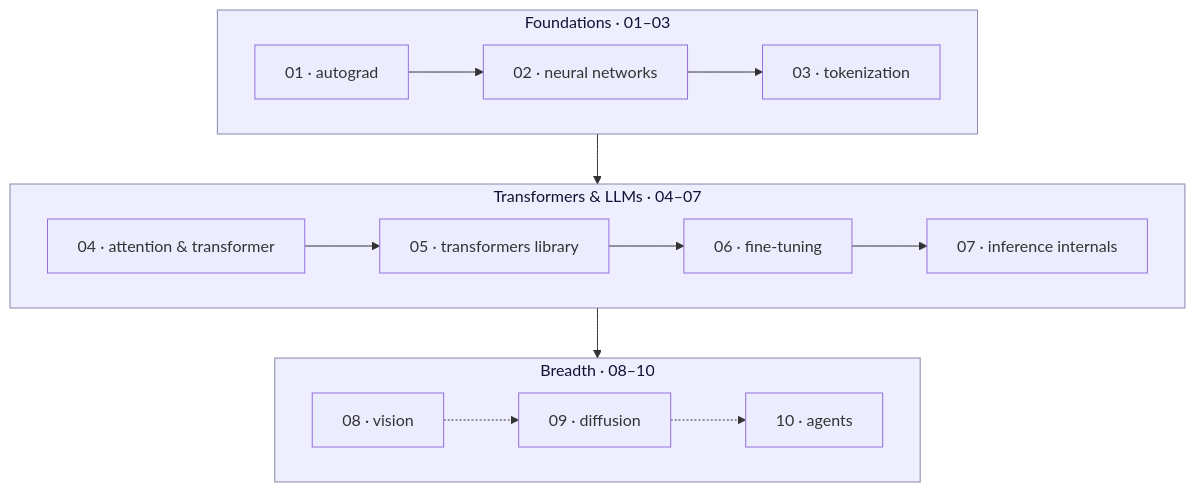
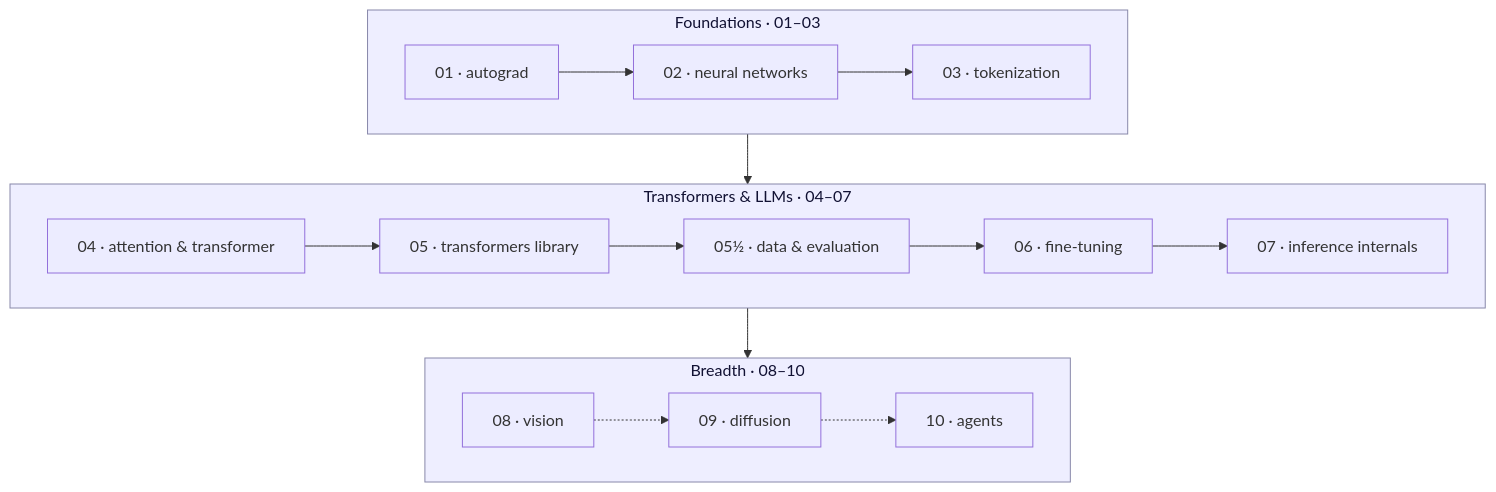
Before and after one commit to wynch/ml-course: the diagram in README.md, drawn with Mermaid. The commit also changed other lines of this file and 40 other files, not shown here.

````diff
--- a/README.md
+++ b/README.md
@@ -49,19 +53,19 @@
 ```mermaid
 flowchart TD
     subgraph F["Foundations · 01–03"]
         M01["01 · autograd"] --> M02["02 · neural networks"] --> M03["03 · tokenization"]
     end
     subgraph T["Transformers & LLMs · 04–07"]
-        M04["04 · attention & transformer"] --> M05["05 · transformers library"] --> M06["06 · fine-tuning"] --> M07["07 · inference internals"]
+        M04["04 · attention & transformer"] --> M05["05 · transformers library"] --> M05A["05½ · data & evaluation"] --> M06["06 · fine-tuning"] --> M07["07 · inference internals"]
     end
     subgraph B["Breadth · 08–10"]
         M08["08 · vision"]
         M09["09 · diffusion"]
         M10["10 · agents"]
     end
     F --> T --> B
     M08 -.-> M09 -.-> M10
 
     classDef track fill:#eef,stroke:#88a,color:#113;
     class F,T,B track;
 ```
````
